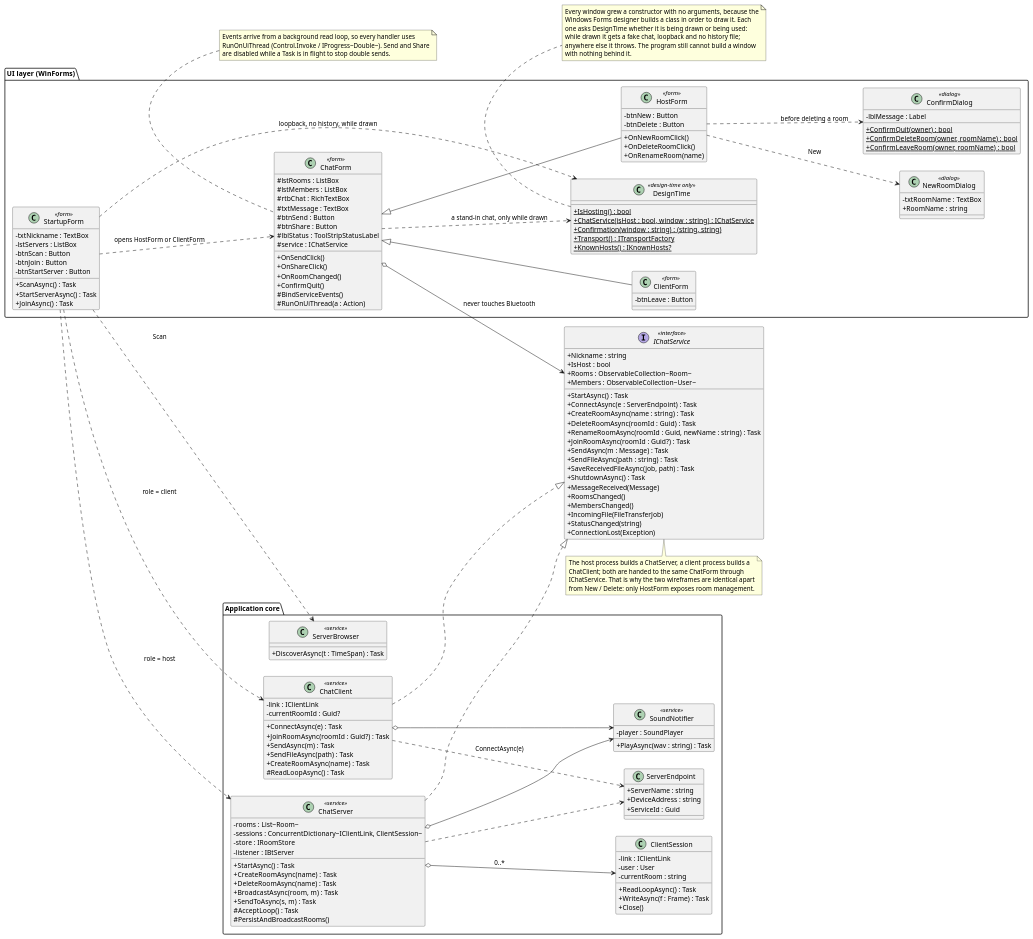
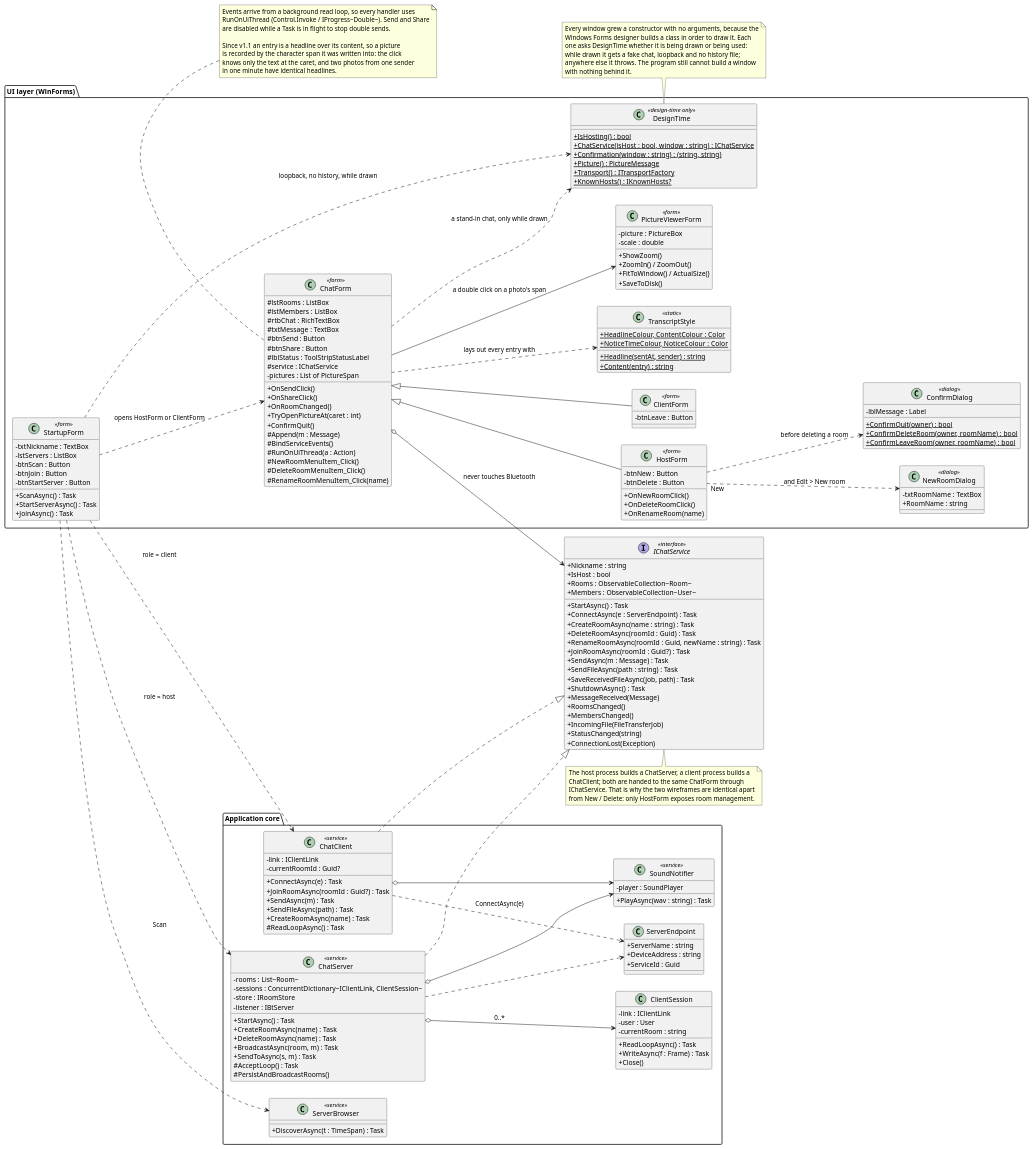
One commit to fiefdx/Lantern changed the diagram in docs/umls/02-class-ui-and-services.puml. Above: the diagram before and after it, drawn with PlantUML. The commit also changed 12 other files, not shown here.

```diff
--- a/docs/umls/02-class-ui-and-services.puml
+++ b/docs/umls/02-class-ui-and-services.puml
@@ -27,12 +27,18 @@
     # btnShare : Button
     # lblStatus : ToolStripStatusLabel
     # service : IChatService
+    - pictures : List of PictureSpan
     + OnSendClick()
     + OnShareClick()
     + OnRoomChanged()
+    + TryOpenPictureAt(caret : int)
     + ConfirmQuit()
+    # Append(m : Message)
     # BindServiceEvents()
     # RunOnUiThread(a : Action)
+    # NewRoomMenuItem_Click()
+    # DeleteRoomMenuItem_Click()
+    # RenameRoomMenuItem_Click(name)
   }
 
   class HostForm <<form>> {
@@ -45,6 +51,23 @@
 
   class ClientForm <<form>> {
     - btnLeave : Button
+  }
+
+  ' v1.1: what a transcript entry looks like, and where a photo goes when it is opened
+  class TranscriptStyle <<static>> {
+    + {static} Headline(sentAt, sender) : string
+    + {static} Content(entry) : string
+    + {static} HeadlineColour, ContentColour : Color
+    + {static} NoticeTimeColour, NoticeColour : Color
+  }
+
+  class PictureViewerForm <<form>> {
+    - picture : PictureBox
+    - scale : double
+    + ShowZoom()
+    + ZoomIn() / ZoomOut()
+    + FitToWindow() / ActualSize()
+    + SaveToDisk()
   }
 
   class NewRoomDialog <<dialog>> {
@@ -63,6 +86,7 @@
     + {static} IsHosting() : bool
     + {static} ChatService(isHost : bool, window : string) : IChatService
     + {static} Confirmation(window : string) : (string, string)
+    + {static} Picture() : PictureMessage
     + {static} Transport() : ITransportFactory
     + {static} KnownHosts() : IKnownHosts?
   }
@@ -152,8 +176,10 @@
 StartupForm ..> ChatServer : role = host
 StartupForm ..> ChatClient : role = client
 StartupForm ..> ServerBrowser : "Scan"
-HostForm ..> NewRoomDialog : "New"
+HostForm ..> NewRoomDialog : "New" and Edit > New room
 HostForm ..> ConfirmDialog : before deleting a room
+ChatForm ..> TranscriptStyle : lays out every entry with
+ChatForm --> PictureViewerForm : a double click on a photo's span
 ChatForm o--> IChatService : never touches Bluetooth
 StartupForm ..> DesignTime : loopback, no history, while drawn
 ChatForm ..> DesignTime : a stand-in chat, only while drawn
@@ -177,6 +203,11 @@
   Events arrive from a background read loop, so every handler uses
   RunOnUiThread (Control.Invoke / IProgress~Double~). Send and Share
   are disabled while a Task is in flight to stop double sends.
+
+  Since v1.1 an entry is a headline over its content, so a picture
+  is recorded by the character span it was written into: the click
+  knows only the text at the caret, and two photos from one sender
+  in one minute have identical headlines.
 end note
 
 note bottom of DesignTime
```
